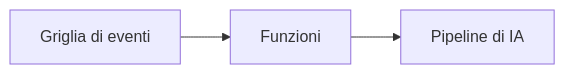
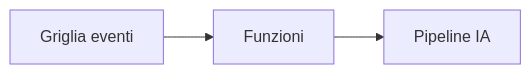
Before and after one commit to microsoft/AZD-for-beginners: the second of 2 diagrams in translations/it/docs/chapter-08-production/README.md, drawn with Mermaid. The commit also changed other lines of this file and 104 other files, not shown here.

````diff
--- a/translations/it/docs/chapter-08-production/README.md
+++ b/translations/it/docs/chapter-08-production/README.md
@@ -56,4 +57,4 @@
 ```mermaid
 graph LR
-    EventGrid[Griglia di eventi] --> Functions[Funzioni] --> Pipeline[Pipeline di IA]
+    EventGrid[Griglia eventi] --> Functions[Funzioni] --> Pipeline[Pipeline IA]
 ```
````
